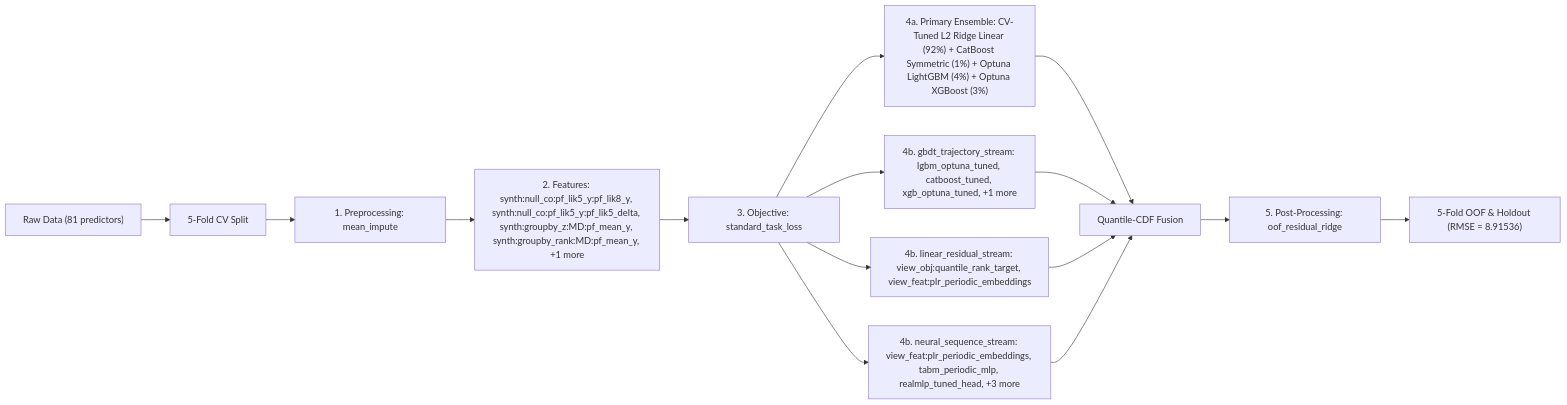
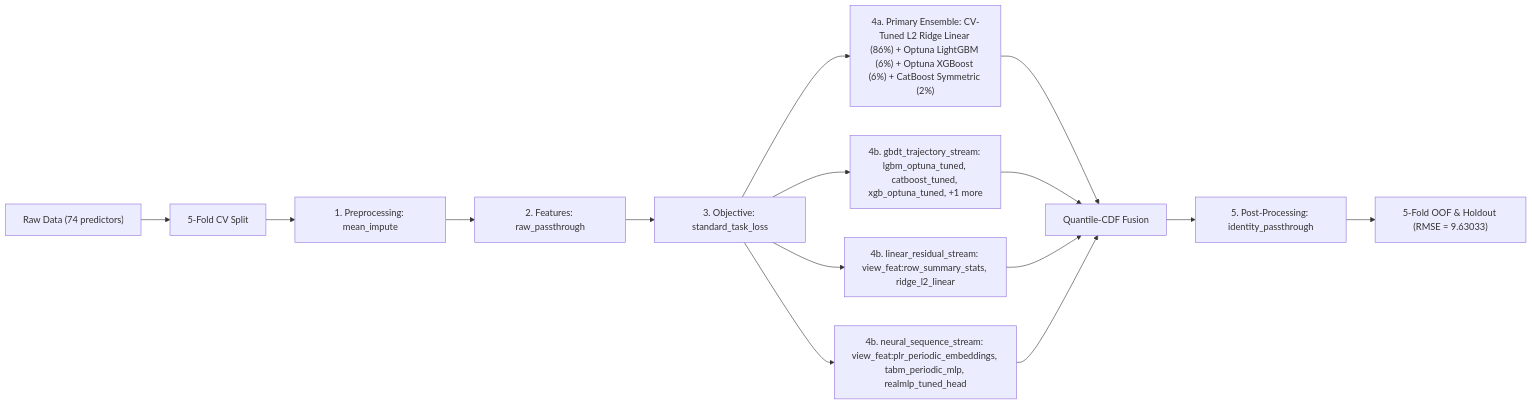
One commit to stefanoclss/ROGII-Wellbore-Geology-Prediction changed the diagram in README.md. Above: the diagram before and after it, drawn with Mermaid. The commit also changed other lines of this file, not shown here.

First line of the commit message:
docs(readme): refresh verified OOF benchmark & build ledger (RMSE=9.63033)

````diff
--- a/README.md
+++ b/README.md
@@ -77,17 +72,17 @@
 ```mermaid
 flowchart LR
-    DATA["Raw Data (81 predictors)"] --> SPLIT["5-Fold CV Split"]
+    DATA["Raw Data (74 predictors)"] --> SPLIT["5-Fold CV Split"]
     SPLIT --> PRE["1. Preprocessing: mean_impute"]
-    PRE --> FEAT["2. Features: synth:null_co:pf_lik5_y:pf_lik8_y, synth:null_co:pf_lik5_y:pf_lik5_delta, synth:groupby_z:MD:pf_mean_y, synth:groupby_rank:MD:pf_mean_y, +1 more"]
+    PRE --> FEAT["2. Features: raw_passthrough"]
     FEAT --> OBJ["3. Objective: standard_task_loss"]
-    OBJ --> M0["4a. Primary Ensemble: CV-Tuned L2 Ridge Linear (92%) + CatBoost Symmetric (1%) + Optuna LightGBM (4%) + Optuna XGBoost (3%)"]
+    OBJ --> M0["4a. Primary Ensemble: CV-Tuned L2 Ridge Linear (86%) + Optuna LightGBM (6%) + Optuna XGBoost (6%) + CatBoost Symmetric (2%)"]
     M0 --> FUSE["Quantile-CDF Fusion"]
     OBJ --> S1["4b. gbdt_trajectory_stream: lgbm_optuna_tuned, catboost_tuned, xgb_optuna_tuned, +1 more"]
     S1 --> FUSE
-    OBJ --> S2["4b. linear_residual_stream: view_obj:quantile_rank_target, view_feat:plr_periodic_embeddings"]
+    OBJ --> S2["4b. linear_residual_stream: view_feat:row_summary_stats, ridge_l2_linear"]
     S2 --> FUSE
-    OBJ --> S3["4b. neural_sequence_stream: view_feat:plr_periodic_embeddings, tabm_periodic_mlp, realmlp_tuned_head, +3 more"]
+    OBJ --> S3["4b. neural_sequence_stream: view_feat:plr_periodic_embeddings, tabm_periodic_mlp, realmlp_tuned_head"]
     S3 --> FUSE
-    FUSE --> POST["5. Post-Processing: oof_residual_ridge"]
-    POST --> OUT["5-Fold OOF & Holdout (RMSE = 8.91536)"]
+    FUSE --> POST["5. Post-Processing: identity_passthrough"]
+    POST --> OUT["5-Fold OOF & Holdout (RMSE = 9.63033)"]
 ```
````
